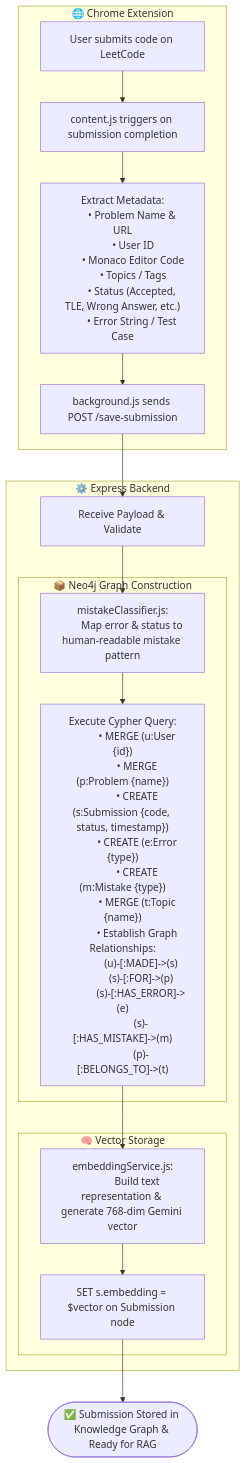
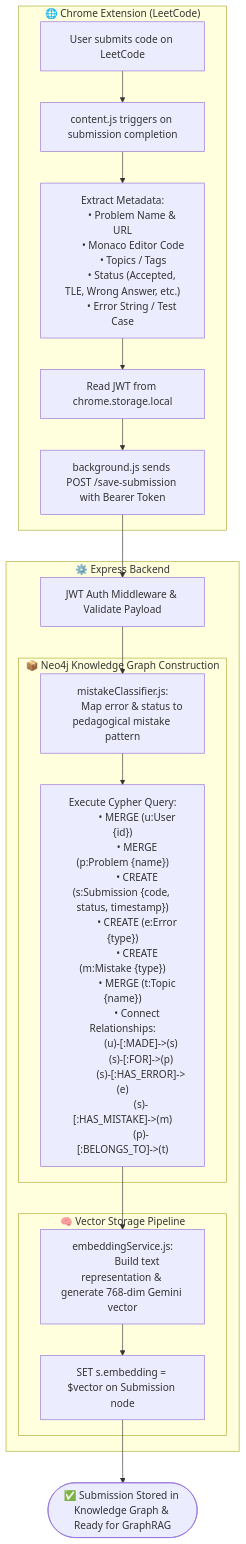
Before and after one commit to Utkarsh-Awasthi08/GraphRAG_Mentor: the second of 3 diagrams in ARCHITECTURE_FLOWCHARTS.md, drawn with Mermaid. The commit also changed other lines of this file and 1 other file, not shown here.

Commit message:
docs: update architecture flowcharts and best practices with gRPC AI Gateway, token sync, and Docker stack

````diff
--- a/ARCHITECTURE_FLOWCHARTS.md
+++ b/ARCHITECTURE_FLOWCHARTS.md
@@ -21,44 +114,44 @@
 ```mermaid
 flowchart TD
-    subgraph Browser ["🌐 Chrome Extension"]
+    subgraph Browser ["🌐 Chrome Extension (LeetCode)"]
         A["User submits code on LeetCode"] --> B["content.js triggers on submission completion"]
         B --> C["Extract Metadata:
         • Problem Name & URL
-        • User ID
         • Monaco Editor Code
         • Topics / Tags
         • Status (Accepted, TLE, Wrong Answer, etc.)
         • Error String / Test Case"]
-        C --> D["background.js sends POST /save-submission"]
+        C --> D["Read JWT from chrome.storage.local"]
+        D --> E["background.js sends POST /save-submission with Bearer Token"]
     end
 
     subgraph Backend_Ingest ["⚙️ Express Backend"]
-        D --> E["Receive Payload & Validate"]
-        E --> F["mistakeClassifier.js:
-        Map error & status to human-readable mistake pattern"]
+        E --> F["JWT Auth Middleware & Validate Payload"]
+        F --> G["mistakeClassifier.js:
+        Map error & status to pedagogical mistake pattern"]
         
-        subgraph Neo4j_Graph ["📦 Neo4j Graph Construction"]
-            F --> G["Execute Cypher Query:
+        subgraph Neo4j_Graph ["📦 Neo4j Knowledge Graph Construction"]
+            G --> H["Execute Cypher Query:
             • MERGE (u:User {id})
             • MERGE (p:Problem {name})
             • CREATE (s:Submission {code, status, timestamp})
             • CREATE (e:Error {type})
             • CREATE (m:Mistake {type})
             • MERGE (t:Topic {name})
-            • Establish Graph Relationships:
+            • Connect Relationships:
               (u)-[:MADE]->(s)
               (s)-[:FOR]->(p)
               (s)-[:HAS_ERROR]->(e)
               (s)-[:HAS_MISTAKE]->(m)
               (p)-[:BELONGS_TO]->(t)"]
         end
 
-        subgraph Vectorization ["🧠 Vector Storage"]
-            G --> H["embeddingService.js:
+        subgraph Vectorization ["🧠 Vector Storage Pipeline"]
+            H --> I["embeddingService.js:
             Build text representation & generate 768-dim Gemini vector"]
-            H --> I["SET s.embedding = $vector on Submission node"]
+            I --> J["SET s.embedding = $vector on Submission node"]
         end
     end
 
-    I --> J(["✅ Submission Stored in Knowledge Graph & Ready for RAG"])
+    J --> K(["✅ Submission Stored in Knowledge Graph & Ready for GraphRAG"])
 ```
````
